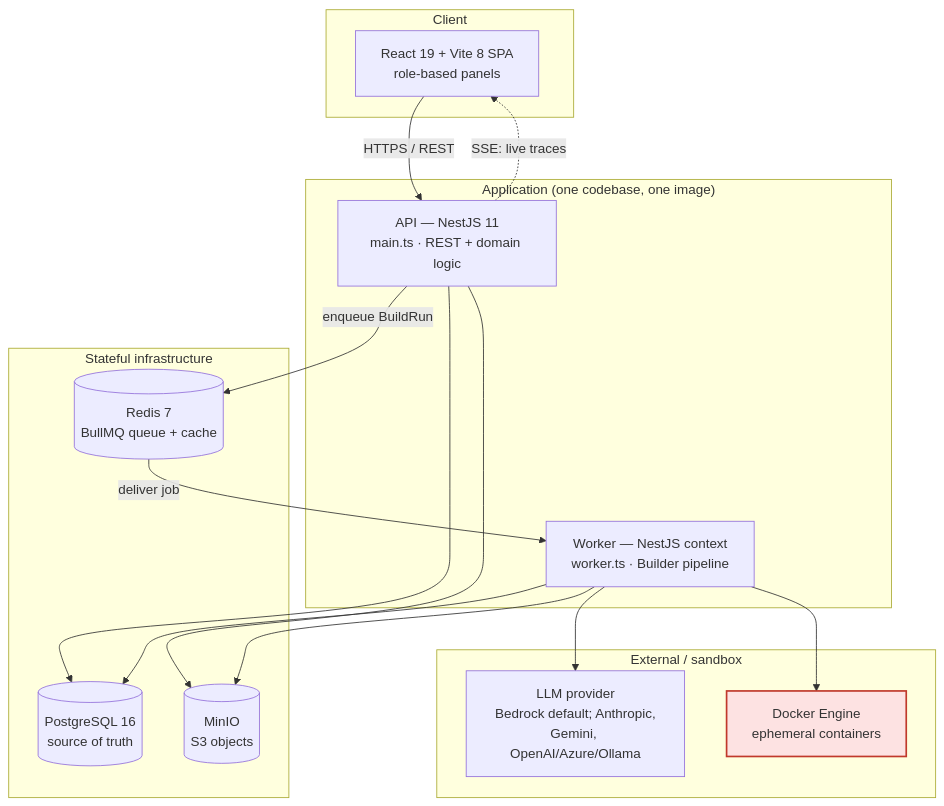
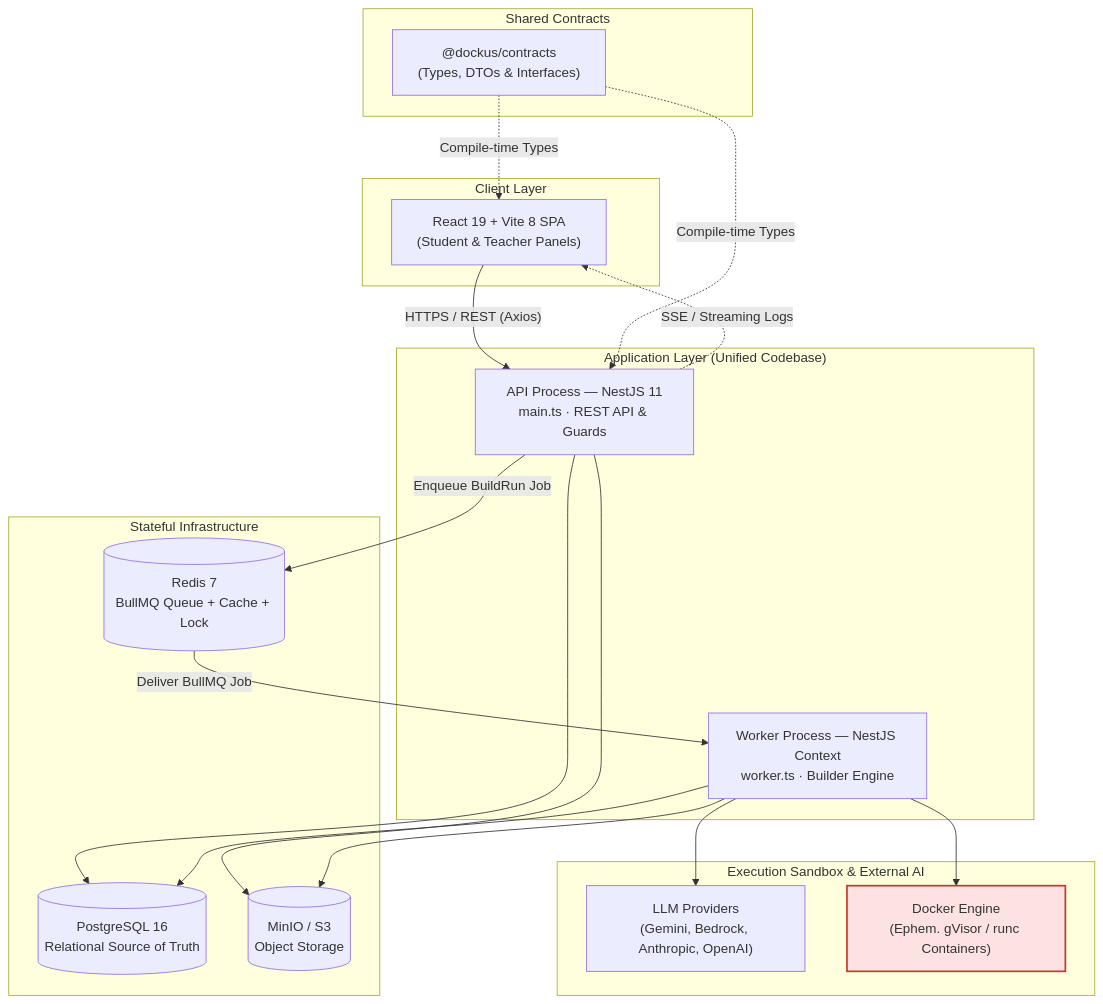
Before and after one commit to agu-aariza/DockUS: the first of 3 diagrams in ARCHITECTURE.md, drawn with Mermaid. The commit also changed other lines of this file and 81 other files, not shown here.

````diff
--- a/ARCHITECTURE.md
+++ b/ARCHITECTURE.md
@@ -33,36 +25,42 @@
 ```mermaid
 flowchart TB
-    subgraph client["Client"]
-        SPA["React 19 + Vite 8 SPA<br/>role-based panels"]
+    subgraph Client["Client Layer"]
+        SPA["React 19 + Vite 8 SPA<br/>(Student & Teacher Panels)"]
     end
 
-    subgraph app["Application (one codebase, one image)"]
-        API["API — NestJS 11<br/>main.ts · REST + domain logic"]
-        WORKER["Worker — NestJS context<br/>worker.ts · Builder pipeline"]
+    subgraph Contracts["Shared Contracts"]
+        CONTRACTS["@dockus/contracts<br/>(Types, DTOs & Interfaces)"]
     end
 
-    subgraph state["Stateful infrastructure"]
-        PG[("PostgreSQL 16<br/>source of truth")]
-        REDIS[("Redis 7<br/>BullMQ queue + cache")]
-        MINIO[("MinIO<br/>S3 objects")]
+    subgraph App["Application Layer (Unified Codebase)"]
+        API["API Process — NestJS 11<br/>main.ts · REST API & Guards"]
+        WORKER["Worker Process — NestJS Context<br/>worker.ts · Builder Engine"]
     end
 
-    subgraph ext["External / sandbox"]
-        LLM["LLM provider<br/>Bedrock default; Anthropic,<br/>Gemini, OpenAI/Azure/Ollama"]
-        DOCKER["Docker Engine<br/>ephemeral containers"]
+    subgraph Infrastructure["Stateful Infrastructure"]
+        PG[("PostgreSQL 16<br/>Relational Source of Truth")]
+        REDIS[("Redis 7<br/>BullMQ Queue + Cache + Lock")]
+        MINIO[("MinIO / S3<br/>Object Storage")]
     end
 
-    SPA -->|"HTTPS / REST"| API
-    API -.->|"SSE: live traces"| SPA
-    API -->|"enqueue BuildRun"| REDIS
-    REDIS -->|"deliver job"| WORKER
+    subgraph Sandbox["Execution Sandbox & External AI"]
+        LLM["LLM Providers<br/>(Gemini, Bedrock, Anthropic, OpenAI)"]
+        DOCKER["Docker Engine<br/>(Ephem. gVisor / runc Containers)"]
+    end
+
+    SPA -->|"HTTPS / REST (Axios)"| API
+    CONTRACTS -.->|"Compile-time Types"| SPA
+    CONTRACTS -.->|"Compile-time Types"| API
+    API -.->|"SSE / Streaming Logs"| SPA
+    API -->|"Enqueue BuildRun Job"| REDIS
+    REDIS -->|"Deliver BullMQ Job"| WORKER
     API --> PG
     API --> MINIO
     WORKER --> PG
     WORKER --> MINIO
     WORKER --> LLM
     WORKER --> DOCKER
 
     classDef untrusted fill:#fde2e2,stroke:#c0392b,stroke-width:2px
     class DOCKER untrusted
 ```
````
